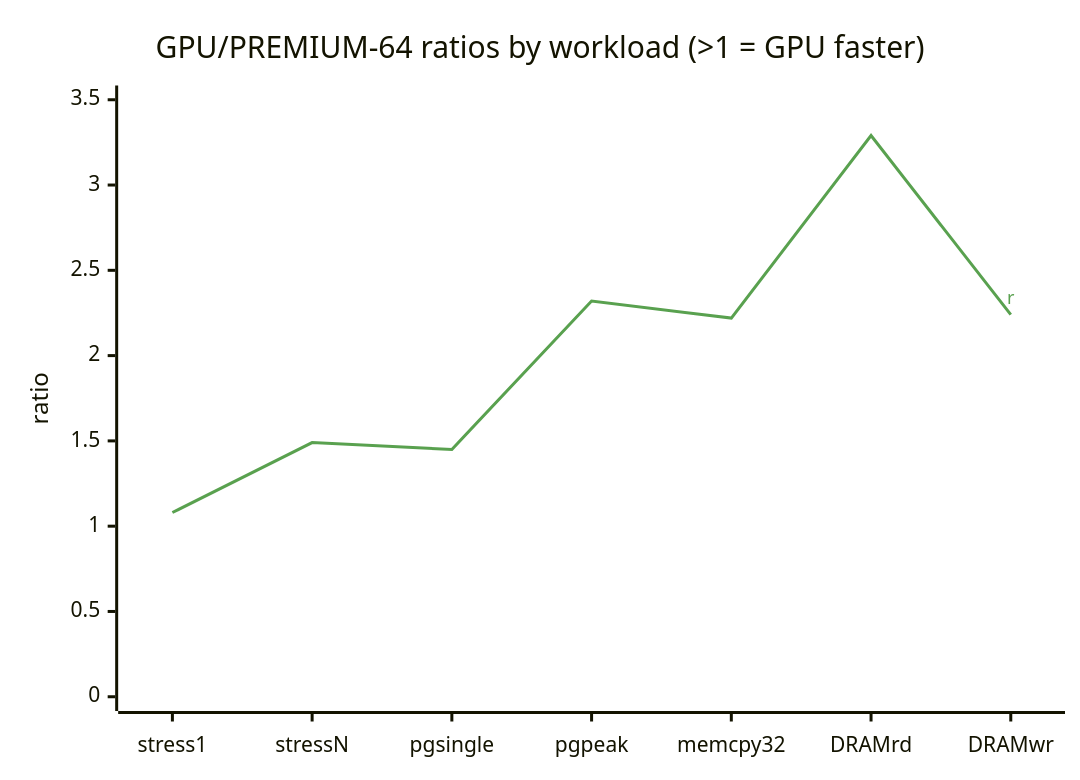
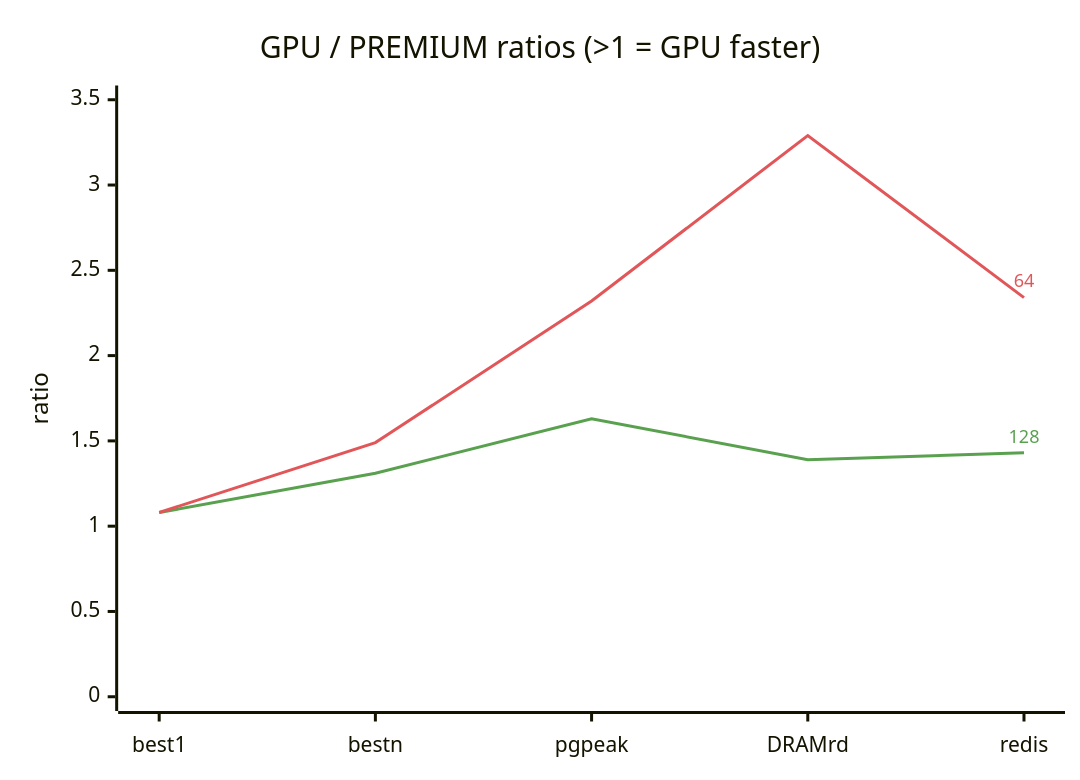
One commit to SpareCores/sc-db-benchmark-tmp changed the fifth of 5 diagrams in UPCLOUD_GPU_VS_PREMIUM_PGBENCH.md. Above: the diagram before and after it, drawn with Mermaid. The commit also changed other lines of this file, not shown here.

````diff
--- a/UPCLOUD_GPU_VS_PREMIUM_PGBENCH.md
+++ b/UPCLOUD_GPU_VS_PREMIUM_PGBENCH.md
@@ -171,13 +174,14 @@
 ```mermaid
 ---
 config:
   themeVariables:
     xyChart:
-      plotColorPalette: "#59a14f"
+      plotColorPalette: "#59a14f, #e15759"
 ---
 xychart-beta
-    title "GPU/PREMIUM-64 ratios by workload (>1 = GPU faster)"
-    x-axis [stress1, stressN, pg single, pg peak, memcpy32, DRAM rd, DRAM wr]
+    title "GPU / PREMIUM ratios (>1 = GPU faster)"
+    x-axis [best1, bestn, pg peak, DRAM rd, redis]
     y-axis "ratio" 0 --> 3.5
-    line "ratio" [1.08, 1.49, 1.45, 2.32, 2.22, 3.29, 2.24 "r"]
+    line "vs P-128" [1.08, 1.31, 1.63, 1.39, 1.43 "128"]
+    line "vs P-64" [1.08, 1.49, 2.32, 3.29, 2.34 "64"]
 ```
````
